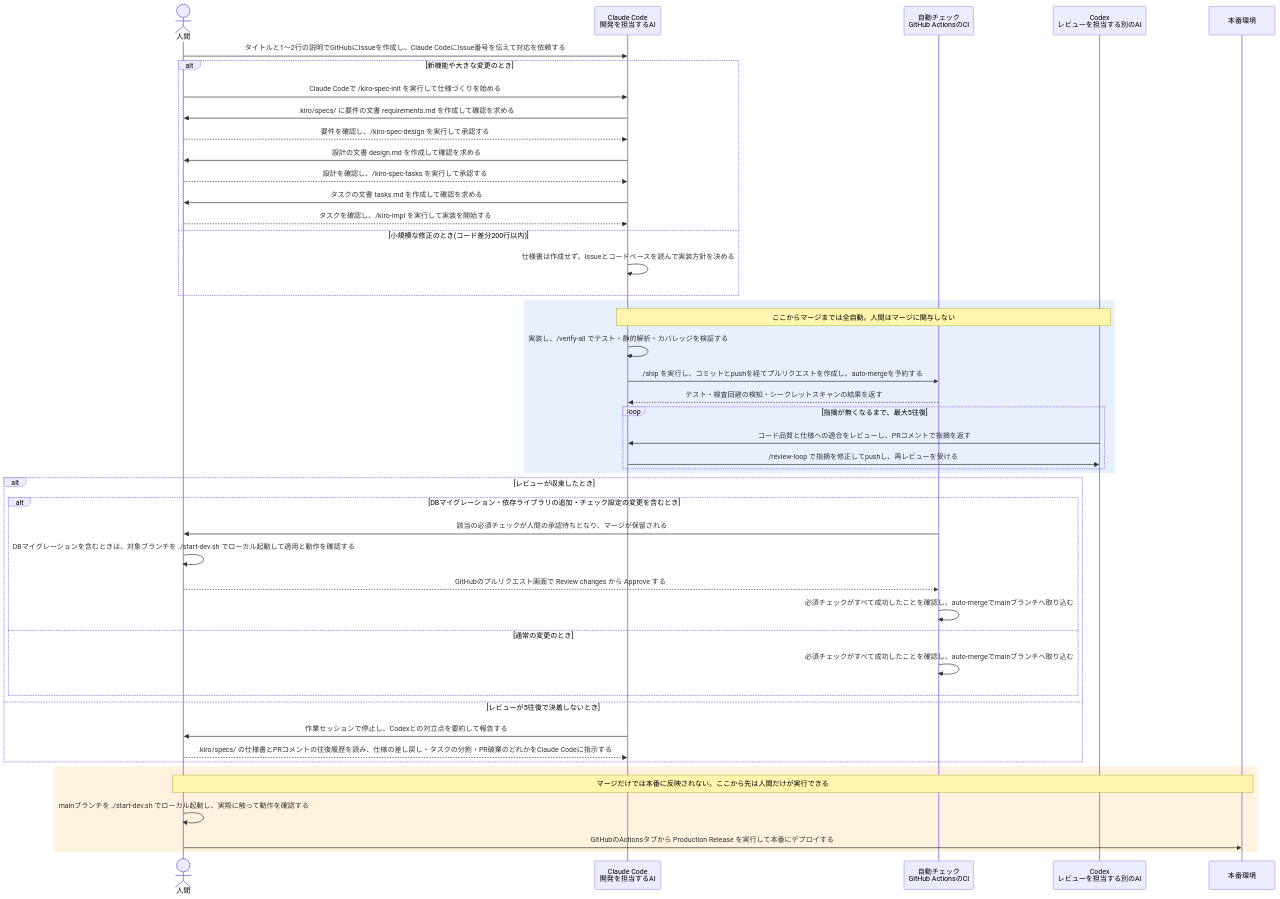
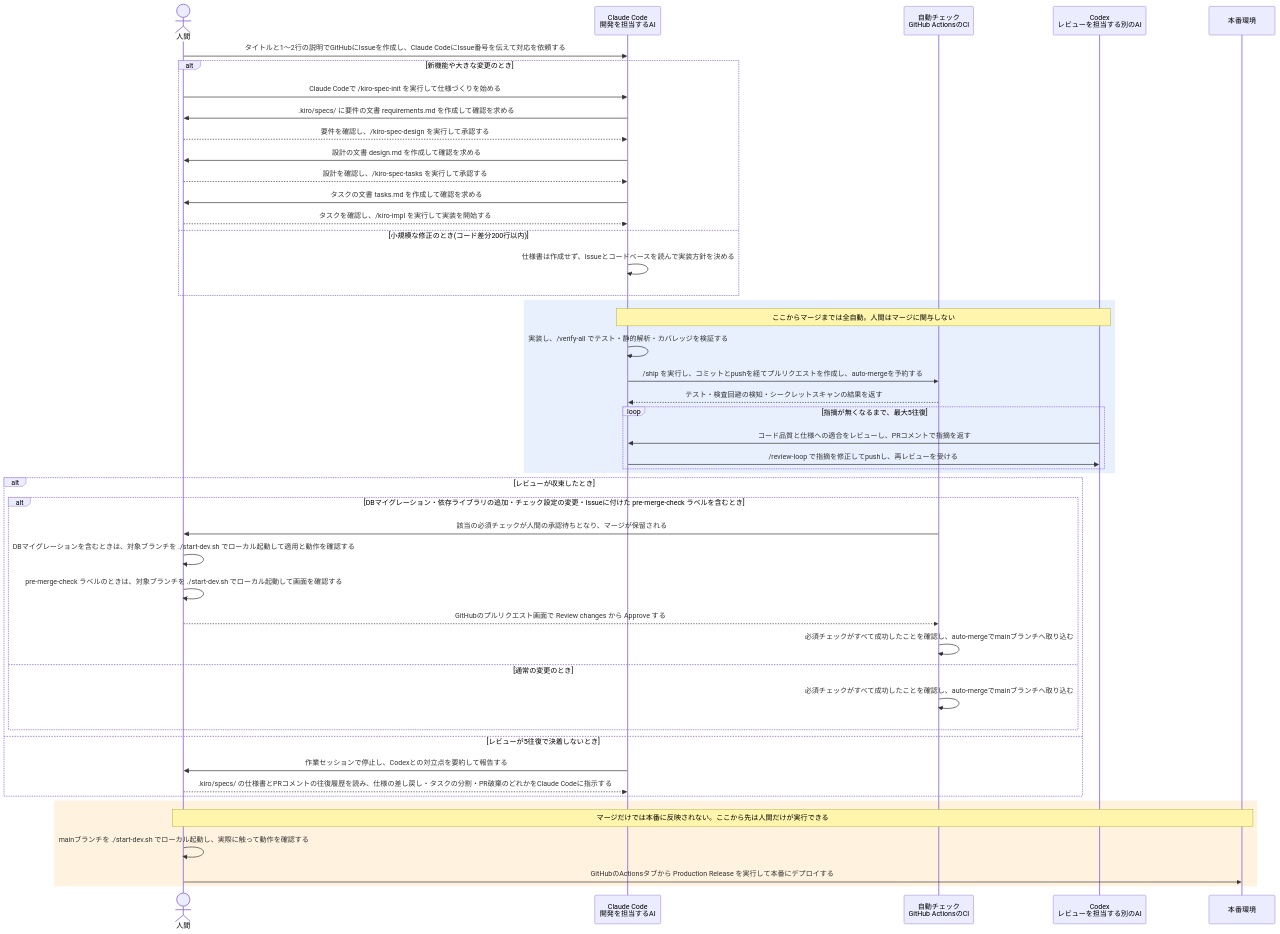
One commit to DogisRiki/KeirekiPro changed the diagram in README.md. Above: the diagram before and after it, drawn with Mermaid. The commit also changed 4 other files, not shown here.

````diff
--- a/README.md
+++ b/README.md
@@ -251,53 +251,54 @@
 ```mermaid
 sequenceDiagram
     actor Human as 人間
     participant Claude as Claude Code<br/>開発を担当するAI
     participant CI as 自動チェック<br/>GitHub ActionsのCI
     participant Codex as Codex<br/>レビューを担当する別のAI
     participant Prod as 本番環境
 
     Human->>Claude: タイトルと1〜2行の説明でGitHubにIssueを作成し、Claude CodeにIssue番号を伝えて対応を依頼する
 
     alt 新機能や大きな変更のとき
         Human->>Claude: Claude Codeで /kiro-spec-init を実行して仕様づくりを始める
         Claude->>Human: .kiro/specs/ に要件の文書 requirements.md を作成して確認を求める
         Human-->>Claude: 要件を確認し、/kiro-spec-design を実行して承認する
         Claude->>Human: 設計の文書 design.md を作成して確認を求める
         Human-->>Claude: 設計を確認し、/kiro-spec-tasks を実行して承認する
         Claude->>Human: タスクの文書 tasks.md を作成して確認を求める
         Human-->>Claude: タスクを確認し、/kiro-impl を実行して実装を開始する
     else 小規模な修正のとき(コード差分200行以内)
         Claude->>Claude: 仕様書は作成せず、Issueとコードベースを読んで実装方針を決める
     end
 
     rect rgb(232, 240, 254)
         Note over Claude,Codex: ここからマージまでは全自動。人間はマージに関与しない
         Claude->>Claude: 実装し、/verify-all でテスト・静的解析・カバレッジを検証する
         Claude->>CI: /ship を実行し、コミットとpushを経てプルリクエストを作成し、auto-mergeを予約する
         CI-->>Claude: テスト・検査回避の検知・シークレットスキャンの結果を返す
         loop 指摘が無くなるまで、最大5往復
             Codex->>Claude: コード品質と仕様への適合をレビューし、PRコメントで指摘を返す
             Claude->>Codex: /review-loop で指摘を修正してpushし、再レビューを受ける
         end
     end
 
     alt レビューが収束したとき
-        alt DBマイグレーション・依存ライブラリの追加・チェック設定の変更を含むとき
+        alt DBマイグレーション・依存ライブラリの追加・チェック設定の変更・Issueに付けた pre-merge-check ラベルを含むとき
             CI->>Human: 該当の必須チェックが人間の承認待ちとなり、マージが保留される
             Human->>Human: DBマイグレーションを含むときは、対象ブランチを ./start-dev.sh でローカル起動して適用と動作を確認する
+            Human->>Human: pre-merge-check ラベルのときは、対象ブランチを ./start-dev.sh でローカル起動して画面を確認する
             Human-->>CI: GitHubのプルリクエスト画面で Review changes から Approve する
             CI->>CI: 必須チェックがすべて成功したことを確認し、auto-mergeでmainブランチへ取り込む
         else 通常の変更のとき
             CI->>CI: 必須チェックがすべて成功したことを確認し、auto-mergeでmainブランチへ取り込む
         end
     else レビューが5往復で決着しないとき
         Claude->>Human: 作業セッションで停止し、Codexとの対立点を要約して報告する
         Human-->>Claude: .kiro/specs/ の仕様書とPRコメントの往復履歴を読み、仕様の差し戻し・タスクの分割・PR破棄のどれかをClaude Codeに指示する
     end
 
     rect rgb(255, 243, 224)
         Note over Human,Prod: マージだけでは本番に反映されない。ここから先は人間だけが実行できる
         Human->>Human: mainブランチを ./start-dev.sh でローカル起動し、実際に触って動作を確認する
         Human->>Prod: GitHubのActionsタブから Production Release を実行して本番にデプロイする
     end
 ```
````
